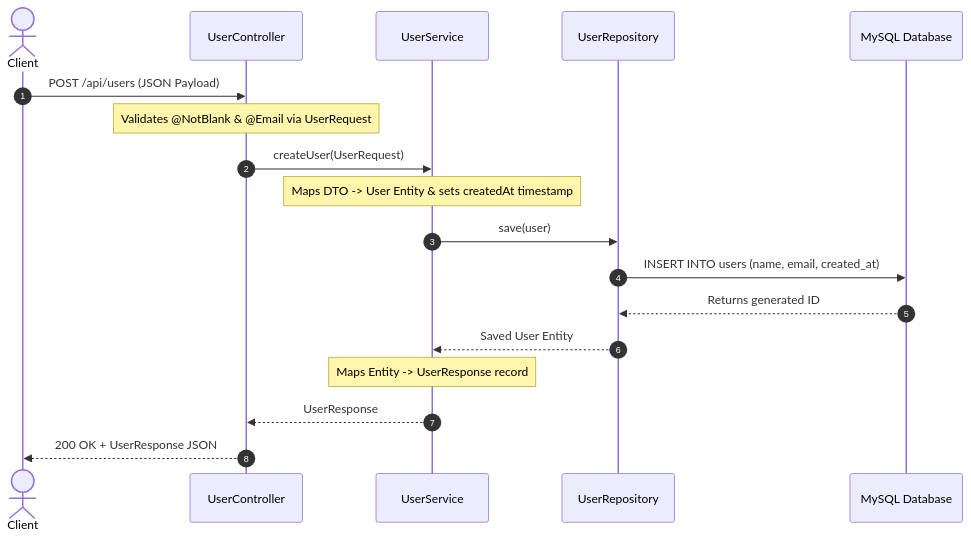
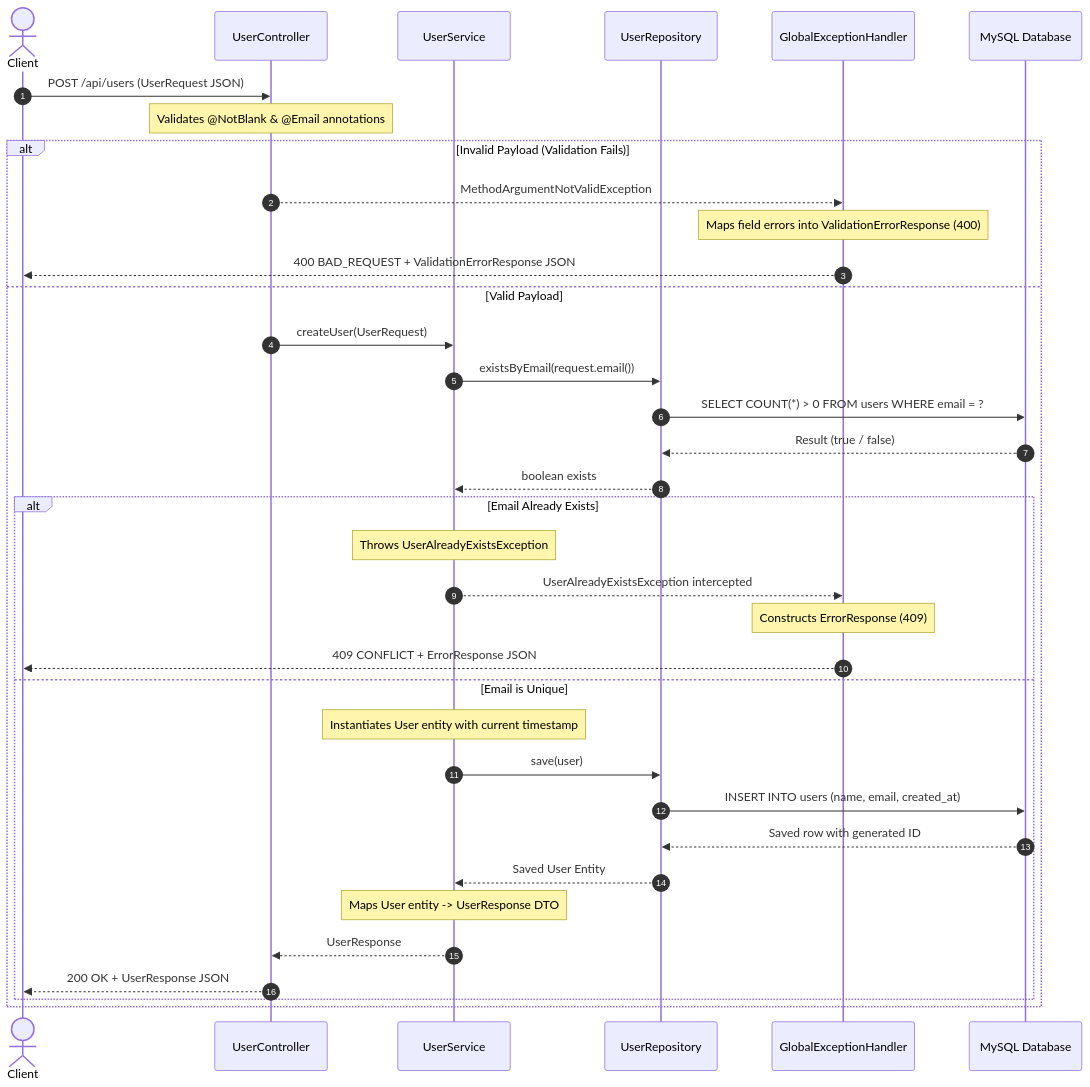
Before and after one commit to TejasKarambe/finance: the first of 3 diagrams in Readme.MD, drawn with Mermaid. The commit also changed other lines of this file, not shown here.

````diff
--- a/Readme.MD
+++ b/Readme.MD
@@ -81,21 +87,39 @@
 ```mermaid
 sequenceDiagram
     autonumber
     actor Client
     participant Controller as UserController
     participant Service as UserService
     participant Repo as UserRepository
+    participant Handler as GlobalExceptionHandler
     participant DB as MySQL Database
 
-    Client->>Controller: POST /api/users (JSON Payload)
-    Note over Controller: Validates @NotBlank & @Email via UserRequest
-    Controller->>Service: createUser(UserRequest)
-    Note over Service: Maps DTO -> User Entity & sets createdAt timestamp
-    Service->>Repo: save(user)
-    Repo->>DB: INSERT INTO users (name, email, created_at)
-    DB-->>Repo: Returns generated ID
-    Repo-->>Service: Saved User Entity
-    Note over Service: Maps Entity -> UserResponse record
-    Service-->>Controller: UserResponse
-    Controller-->>Client: 200 OK + UserResponse JSON
+    Client->>Controller: POST /api/users (UserRequest JSON)
+    Note over Controller: Validates @NotBlank & @Email annotations
+    alt Invalid Payload (Validation Fails)
+        Controller-->>Handler: MethodArgumentNotValidException
+        Note over Handler: Maps field errors into ValidationErrorResponse (400)
+        Handler-->>Client: 400 BAD_REQUEST + ValidationErrorResponse JSON
+    else Valid Payload
+        Controller->>Service: createUser(UserRequest)
+        Service->>Repo: existsByEmail(request.email())
+        Repo->>DB: SELECT COUNT(*) > 0 FROM users WHERE email = ?
+        DB-->>Repo: Result (true / false)
+        Repo-->>Service: boolean exists
+        alt Email Already Exists
+            Note over Service: Throws UserAlreadyExistsException
+            Service-->>Handler: UserAlreadyExistsException intercepted
+            Note over Handler: Constructs ErrorResponse (409)
+            Handler-->>Client: 409 CONFLICT + ErrorResponse JSON
+        else Email is Unique
+            Note over Service: Instantiates User entity with current timestamp
+            Service->>Repo: save(user)
+            Repo->>DB: INSERT INTO users (name, email, created_at)
+            DB-->>Repo: Saved row with generated ID
+            Repo-->>Service: Saved User Entity
+            Note over Service: Maps User entity -> UserResponse DTO
+            Service-->>Controller: UserResponse
+            Controller-->>Client: 200 OK + UserResponse JSON
+        end
+    end
 ```
````
